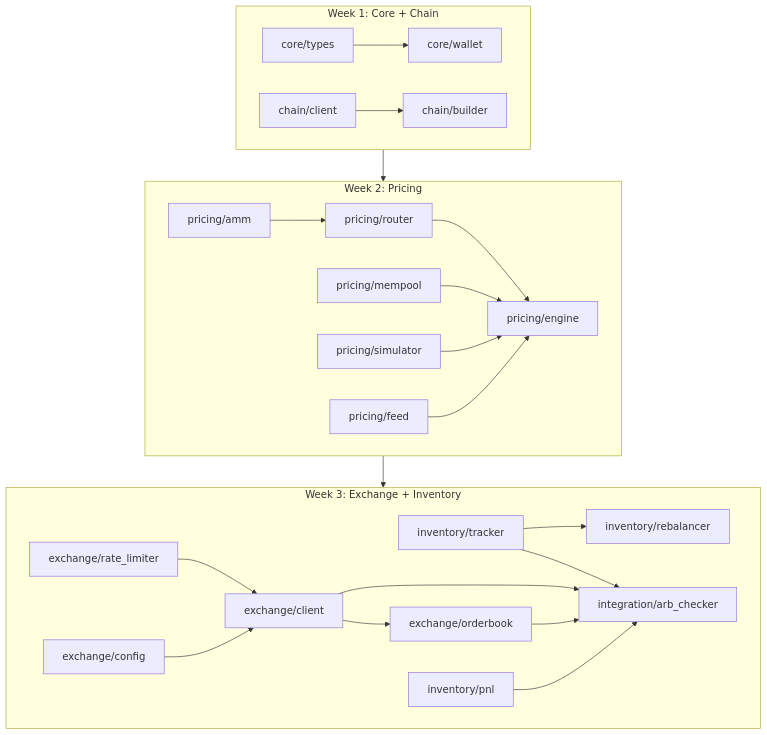
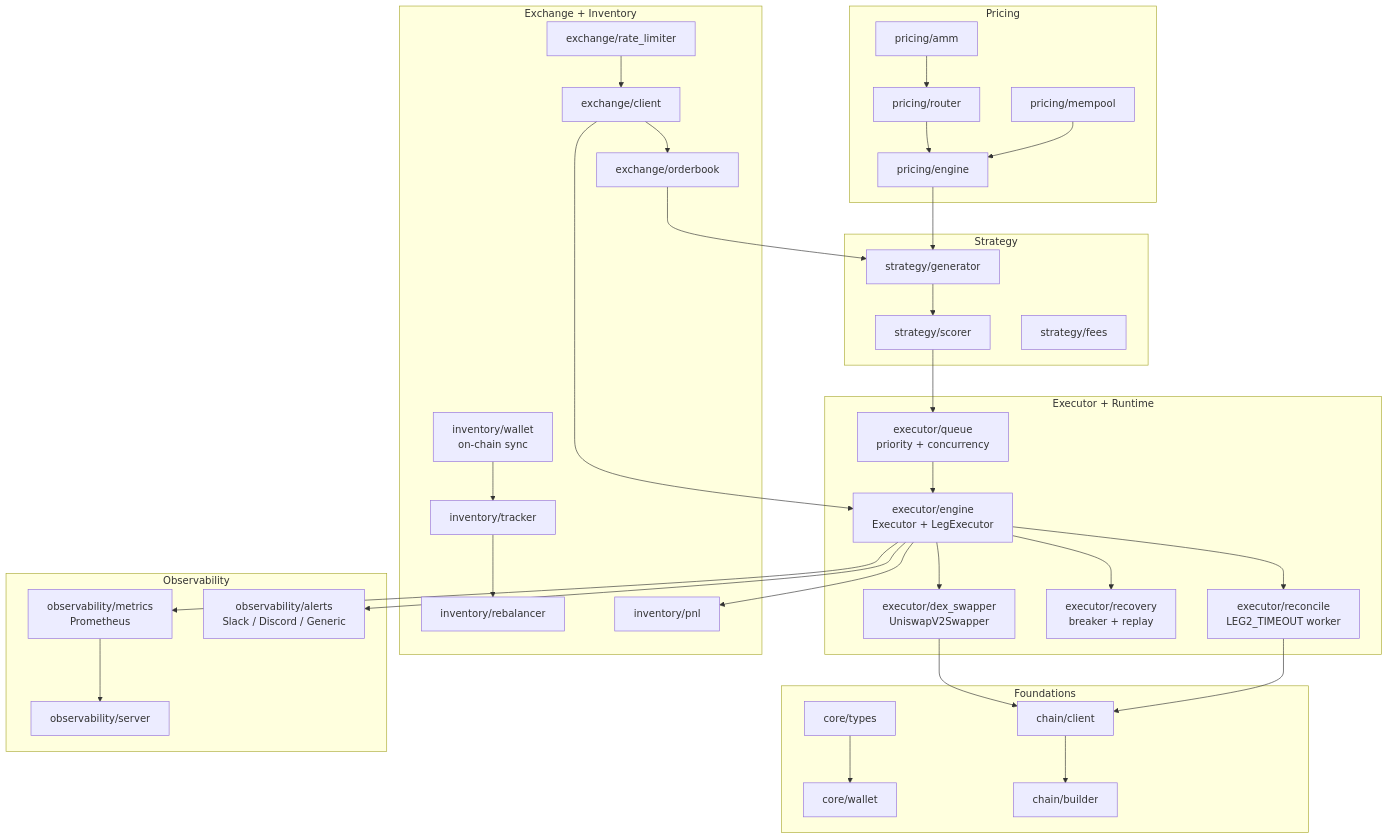
One commit to Gravelino/peanut_internship changed the first of 2 diagrams in README.md. Above: the diagram before and after it, drawn with Mermaid. The commit also changed other lines of this file, not shown here.

First line of the commit message:
docs(readme): refresh with executor, observability, arb_bot guide

````diff
--- a/README.md
+++ b/README.md
@@ -68,29 +106,48 @@
 ```mermaid
 flowchart TB
-    subgraph Week1 [Week 1: Core + Chain]
+    subgraph Foundations
         A[core/types] --> B[core/wallet]
         C[chain/client] --> D[chain/builder]
     end
 
-    subgraph Week2 [Week 2: Pricing]
+    subgraph Pricing
         E[pricing/amm] --> F[pricing/router]
         F --> G[pricing/engine]
         H[pricing/mempool] --> G
-        I[pricing/simulator] --> G
-        J[pricing/feed] --> G
     end
 
-    subgraph Week3 [Week 3: Exchange + Inventory]
-        K[exchange/config] --> L[exchange/client]
-        L --> M[exchange/orderbook]
-        N[exchange/rate_limiter] --> L
+    subgraph Exchange_Inventory [Exchange + Inventory]
+        K[exchange/client] --> M[exchange/orderbook]
+        N[exchange/rate_limiter] --> K
         O[inventory/tracker] --> P[inventory/rebalancer]
-        Q[inventory/pnl] --> R[integration/arb_checker]
-        M --> R
-        L --> R
-        O --> R
+        Q[inventory/pnl]
+        W[inventory/wallet<br/>on-chain sync] --> O
     end
 
-    Week1 --> Week2
-    Week2 --> Week3
+    subgraph Strategy
+        S1[strategy/generator] --> S2[strategy/scorer]
+        S3[strategy/fees]
+    end
+
+    subgraph Executor_Runtime [Executor + Runtime]
+        X1[executor/queue<br/>priority + concurrency] --> X2[executor/engine<br/>Executor + LegExecutor]
+        X2 --> X3[executor/dex_swapper<br/>UniswapV2Swapper]
+        X2 --> X4[executor/recovery<br/>breaker + replay]
+        X2 --> X5[executor/reconcile<br/>LEG2_TIMEOUT worker]
+    end
+
+    subgraph Observability
+        Y1[observability/metrics<br/>Prometheus] --> Y3[observability/server]
+        Y2[observability/alerts<br/>Slack / Discord / Generic]
+    end
+
+    G --> S1
+    M --> S1
+    S2 --> X1
+    K --> X2
+    X3 --> C
+    X5 --> C
+    X2 --> Q
+    X2 --> Y1
+    X2 --> Y2
 ```
````
